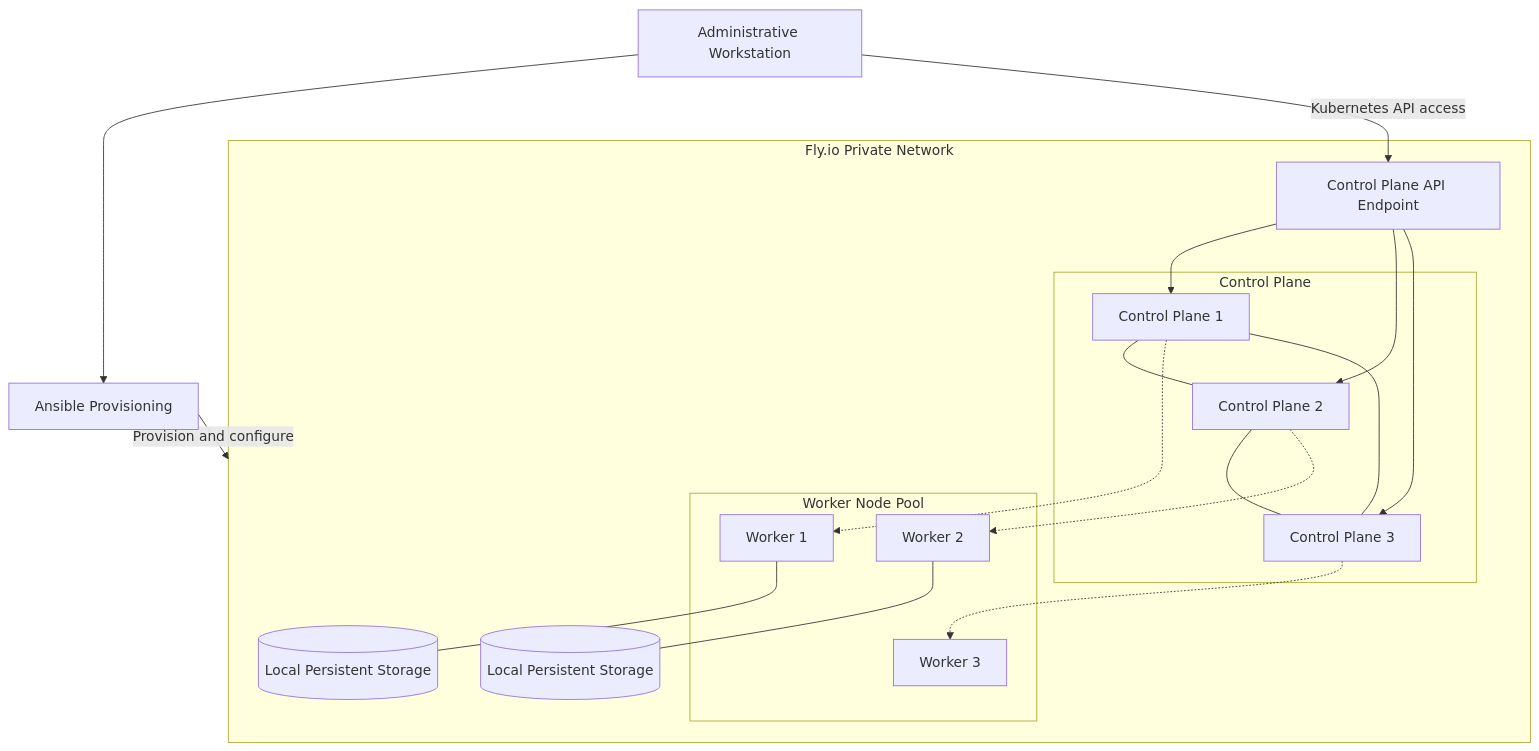
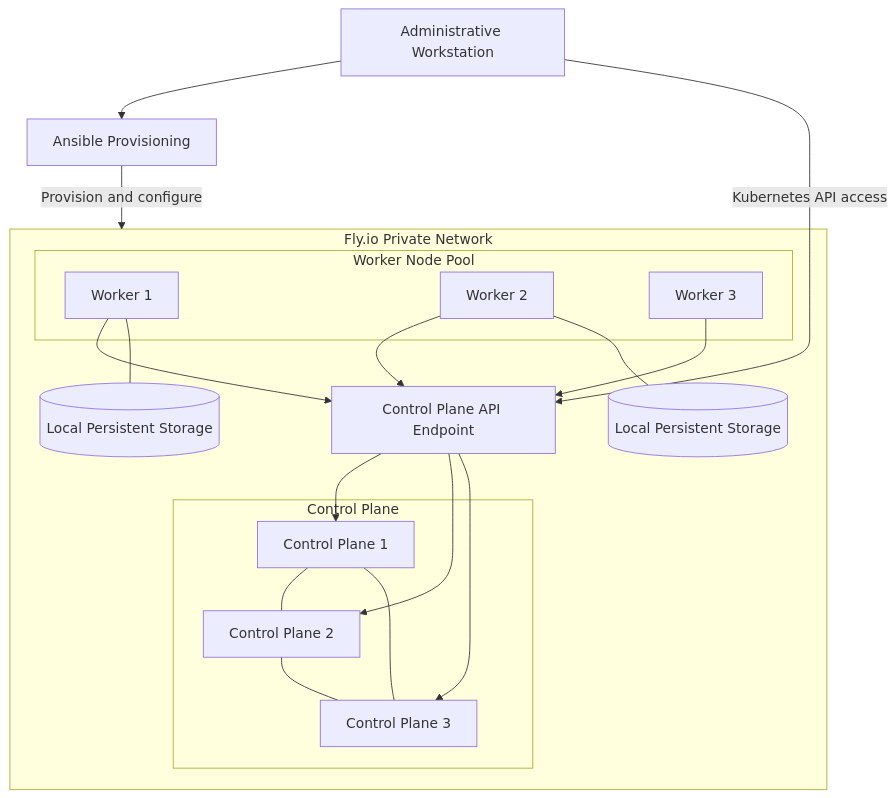
Before and after one commit to Oluadepe/agricommerce-platform: the diagram in docs/adr/ADR-001-infrastructure-selection.md, drawn with Mermaid. The commit also changed other lines of this file, not shown here.

Commit message:
docs: finalize infrastructure decision and clarify API topology

````diff
--- a/docs/adr/ADR-001-infrastructure-selection.md
+++ b/docs/adr/ADR-001-infrastructure-selection.md
@@ -124,45 +124,45 @@
 ```mermaid
 flowchart TD
     ADMIN[Administrative Workstation]
     ANSIBLE[Ansible Provisioning]
     ENDPOINT[Control Plane API Endpoint]
 
     ADMIN --> ANSIBLE
 
     subgraph FLY["Fly.io Private Network"]
         ENDPOINT
 
         subgraph CONTROL["Control Plane"]
             CP1[Control Plane 1]
             CP2[Control Plane 2]
             CP3[Control Plane 3]
 
             CP1 --- CP2
             CP2 --- CP3
             CP3 --- CP1
         end
 
         subgraph WORKERS["Worker Node Pool"]
             WK1[Worker 1]
             WK2[Worker 2]
             WK3[Worker 3]
         end
 
         ENDPOINT --> CP1
         ENDPOINT --> CP2
         ENDPOINT --> CP3
 
-        CP1 -.-> WK1
-        CP2 -.-> WK2
-        CP3 -.-> WK3
+        WK1 --> ENDPOINT
+        WK2 --> ENDPOINT
+        WK3 --> ENDPOINT
 
         VOL1[(Local Persistent Storage)]
         VOL2[(Local Persistent Storage)]
 
         WK1 --- VOL1
         WK2 --- VOL2
     end
 
     ANSIBLE -->|Provision and configure| FLY
     ADMIN -->|Kubernetes API access| ENDPOINT
 ```
````
